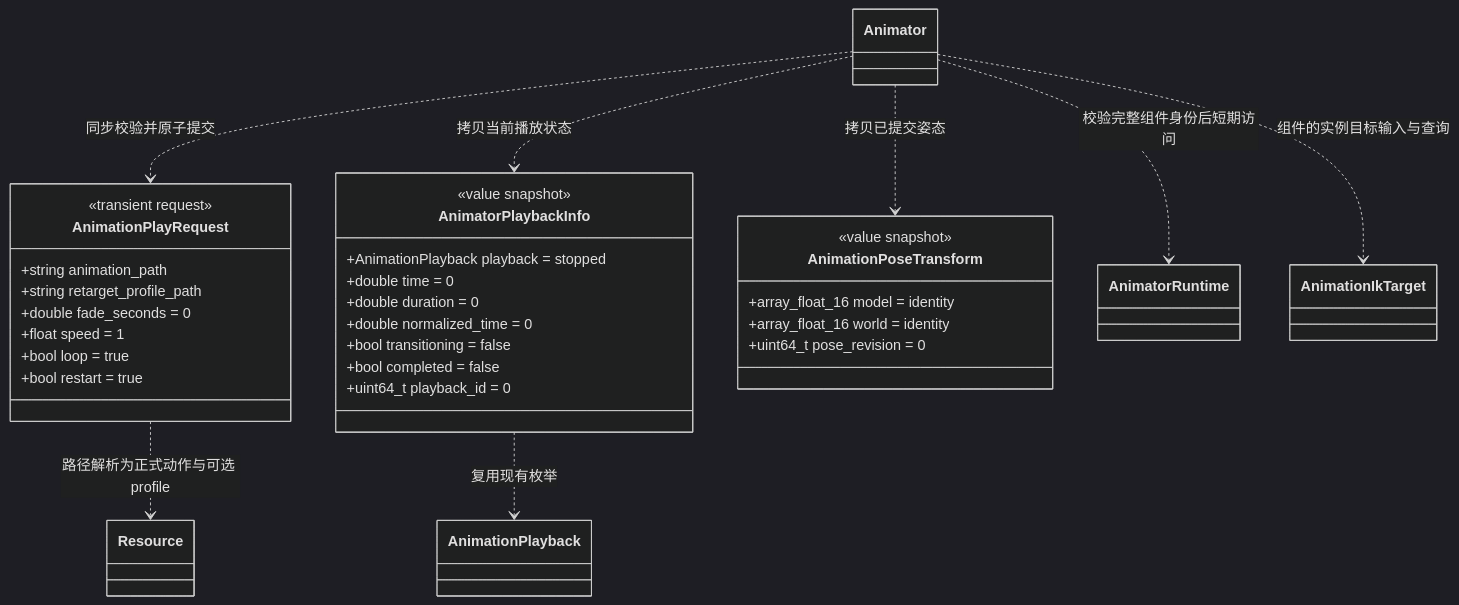
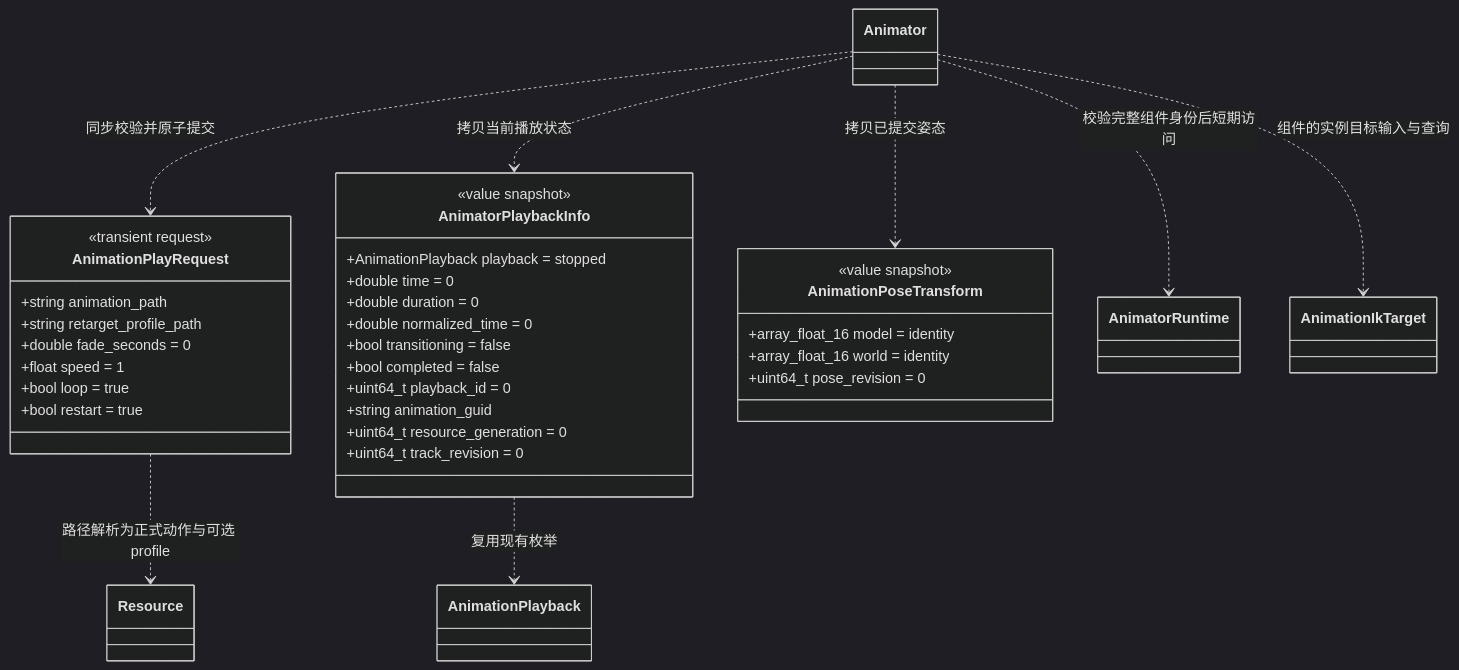
The first of 3 diagrams in docs/runtime/class-diagrams/animation-rigging.md (lcals/Engine), drawn with Mermaid (dark theme) before and after one commit. The commit also changed other lines of this file and 244 other files, not shown here.

````diff
--- a/docs/runtime/class-diagrams/animation-rigging.md
+++ b/docs/runtime/class-diagrams/animation-rigging.md
@@ -11,40 +11,43 @@
 ```mermaid
 classDiagram
     class Animator
     class AnimationPlayRequest {
         <<transient request>>
         +string animation_path
         +string retarget_profile_path
         +double fade_seconds = 0
         +float speed = 1
         +bool loop = true
         +bool restart = true
     }
     class AnimatorPlaybackInfo {
         <<value snapshot>>
         +AnimationPlayback playback = stopped
         +double time = 0
         +double duration = 0
         +double normalized_time = 0
         +bool transitioning = false
         +bool completed = false
         +uint64_t playback_id = 0
+        +string animation_guid
+        +uint64_t resource_generation = 0
+        +uint64_t track_revision = 0
     }
     class AnimationPoseTransform {
         <<value snapshot>>
         +array_float_16 model = identity
         +array_float_16 world = identity
         +uint64_t pose_revision = 0
     }
     class AnimationPlayback
     class AnimatorRuntime
     class AnimationIkTarget
     class Resource
     Animator ..> AnimationPlayRequest : 同步校验并原子提交
     Animator ..> AnimatorPlaybackInfo : 拷贝当前播放状态
     Animator ..> AnimationPoseTransform : 拷贝已提交姿态
     Animator ..> AnimationIkTarget : 组件的实例目标输入与查询
     Animator ..> AnimatorRuntime : 校验完整组件身份后短期访问
     AnimatorPlaybackInfo ..> AnimationPlayback : 复用现有枚举
     AnimationPlayRequest ..> Resource : 路径解析为正式动作与可选 profile
 ```
````
